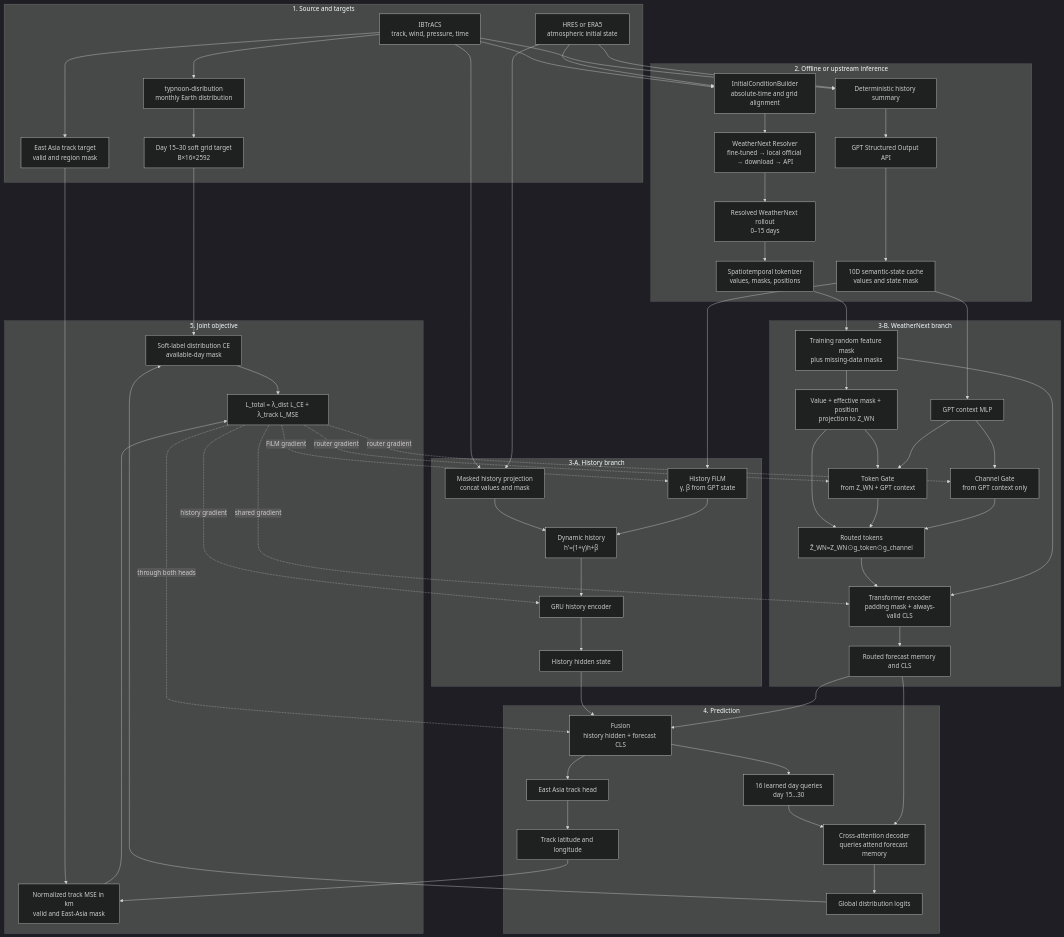
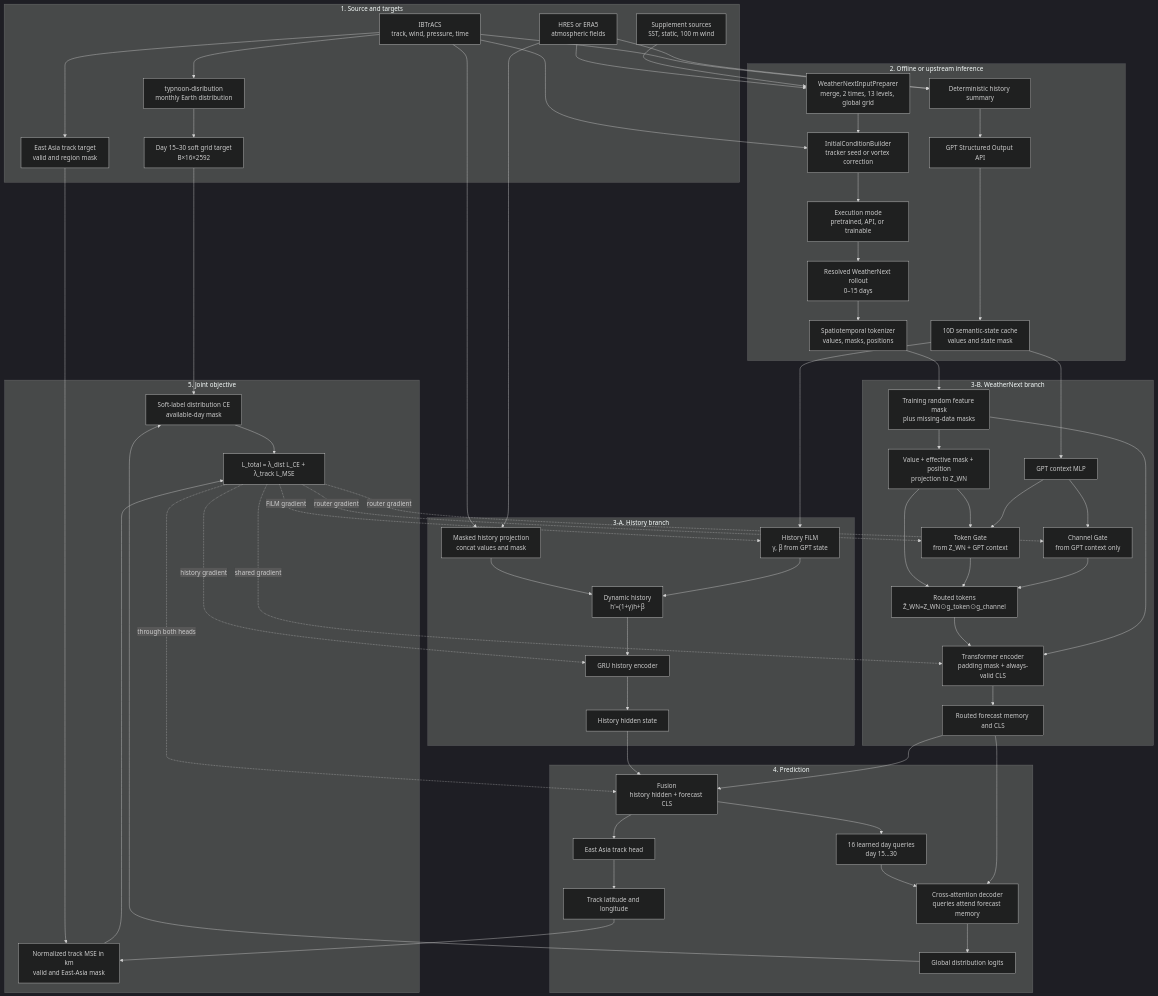
Before and after one commit to nayehyeon61-glitch/typnonn_preesure_data_loader: the diagram in struct-picture/01-overall-system.md, drawn with Mermaid (dark theme). The commit also changed other lines of this file and 20 other files, not shown here.

Commit message:
Add batched WeatherNext preparation modes

```diff
--- a/struct-picture/01-overall-system.md
+++ b/struct-picture/01-overall-system.md
@@ -6,7 +6,8 @@
 flowchart TB
     subgraph SOURCE["1. Source and targets"]
         IB["IBTrACS<br/>track, wind, pressure, time"]
-        ATM["HRES or ERA5<br/>atmospheric initial state"]
+        ATM["HRES or ERA5<br/>atmospheric fields"]
+        SUP["Supplement sources<br/>SST, static, 100 m wind"]
         DISTDATA["typnoon-disribution<br/>monthly Earth distribution"]
         DISTGT["Day 15–30 soft grid target<br/>B×16×2592"]
         TRACKGT["East Asia track target<br/>valid and region mask"]
@@ -17,8 +18,9 @@
     IB --> TRACKGT
 
     subgraph OFFLINE["2. Offline or upstream inference"]
-        INIT["InitialConditionBuilder<br/>absolute-time and grid alignment"]
-        RES["WeatherNext Resolver<br/>fine-tuned → local official → download → API"]
+        PREP["WeatherNextInputPreparer<br/>merge, 2 times, 13 levels, global grid"]
+        INIT["InitialConditionBuilder<br/>tracker seed or vortex correction"]
+        RES["Execution mode<br/>pretrained, API, or trainable"]
         ROLLOUT["Resolved WeatherNext rollout<br/>0–15 days"]
         TOKENIZE["Spatiotemporal tokenizer<br/>values, masks, positions"]
         SUMMARY["Deterministic history summary"]
@@ -26,8 +28,10 @@
         CACHE["10D semantic-state cache<br/>values and state mask"]
     end
 
+    ATM --> PREP
+    SUP --> PREP
+    PREP --> INIT
     IB --> INIT
-    ATM --> INIT
     INIT --> RES
     RES --> ROLLOUT
     ROLLOUT --> TOKENIZE
```
